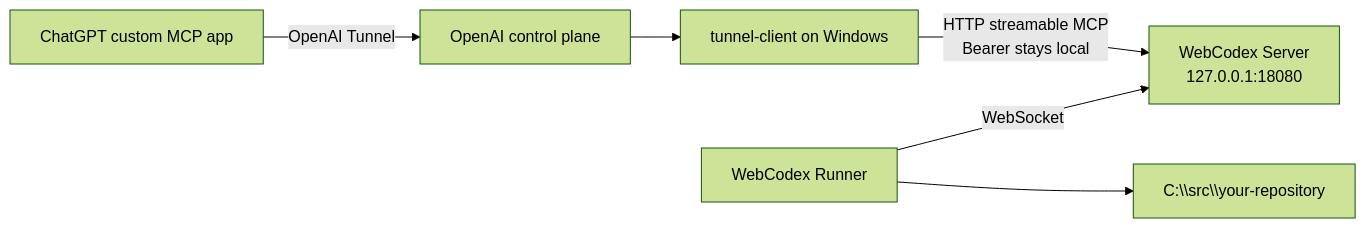
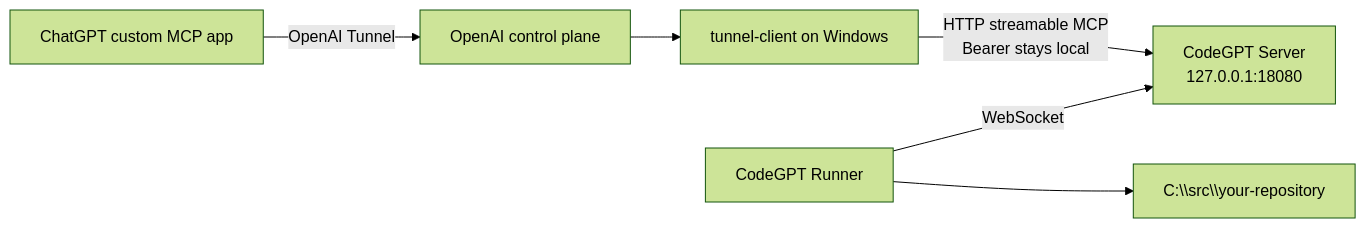
Before and after one commit to jackyang1989/CodeGPT: the first of 2 diagrams in docs/WINDOWS_OPENAI_TUNNEL.md, drawn with Mermaid (forest theme). The commit also changed other lines of this file and 1261 other files, not shown here.

Commit message:
feat: rebrand project to CodeGPT and eliminate all webcodex paths

````diff
--- a/docs/WINDOWS_OPENAI_TUNNEL.md
+++ b/docs/WINDOWS_OPENAI_TUNNEL.md
@@ -29,8 +29,8 @@
 ```mermaid
 flowchart LR
     C[ChatGPT custom MCP app] -->|OpenAI Tunnel| CP[OpenAI control plane]
     CP --> TC[tunnel-client on Windows]
-    TC -->|HTTP streamable MCP\nBearer stays local| S[WebCodex Server\n127.0.0.1:18080]
-    R[WebCodex Runner] -->|WebSocket| S
+    TC -->|HTTP streamable MCP\nBearer stays local| S[CodeGPT Server\n127.0.0.1:18080]
+    R[CodeGPT Runner] -->|WebSocket| S
     R --> P[C:\\src\\your-repository]
 ```
````
